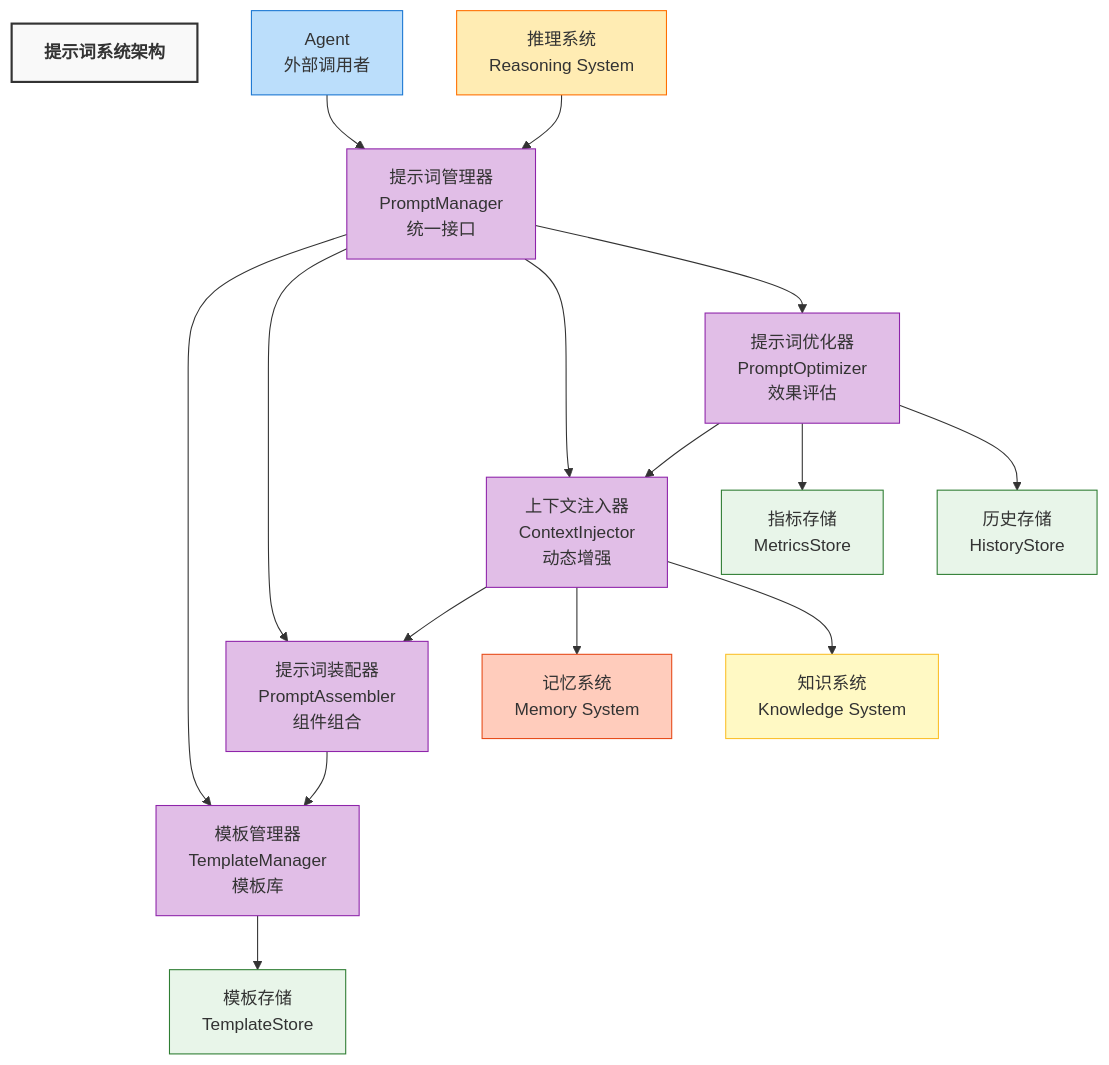
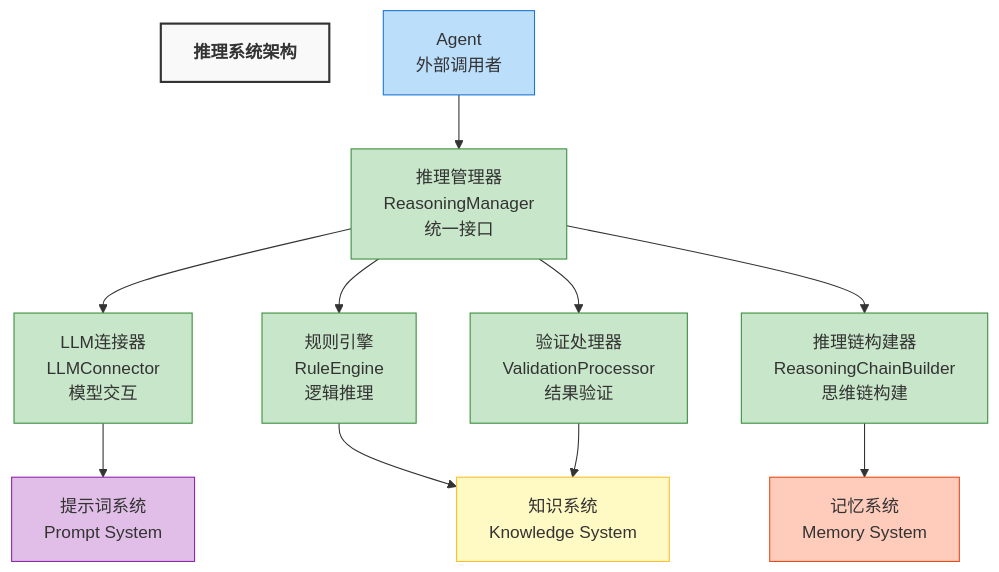
Before and after one commit to DDtoma/iodraw-files: the diagram in all/未命名-2.md, drawn with Mermaid.

Commit message:
2025-03-12 09:38:16 update

````diff
--- a/all/未命名-2.md
+++ b/all/未命名-2.md
@@ -1,56 +1,44 @@
 ```mermaid
 graph TB
     %% 总标题
-    title[<b>提示词系统架构</b>]
+    title[<b>推理系统架构</b>]
     
     %% 外部接口
     Agent["Agent<br>外部调用者"]
     Knowledge["知识系统<br>Knowledge System"]
     Memory["记忆系统<br>Memory System"]
-    Reasoning["推理系统<br>Reasoning System"]
+    Prompt["提示词系统<br>Prompt System"]
     
     %% 核心模块
-    PM["提示词管理器<br>PromptManager<br>统一接口"]
-    TM["模板管理器<br>TemplateManager<br>模板库"]
-    PA["提示词装配器<br>PromptAssembler<br>组件组合"]
-    CI["上下文注入器<br>ContextInjector<br>动态增强"]
-    PO["提示词优化器<br>PromptOptimizer<br>效果评估"]
-    
-    %% 存储层
-    TemplateStore["模板存储<br>TemplateStore"]
-    HistoryStore["历史存储<br>HistoryStore"]
-    MetricsStore["指标存储<br>MetricsStore"]
+    RM["推理管理器<br>ReasoningManager<br>统一接口"]
+    LC["LLM连接器<br>LLMConnector<br>模型交互"]
+    RE["规则引擎<br>RuleEngine<br>逻辑推理"]
+    RC["推理链构建器<br>ReasoningChainBuilder<br>思维链构建"]
+    VP["验证处理器<br>ValidationProcessor<br>结果验证"]
     
     %% 关系定义
-    Agent --> PM
-    PM --> TM
-    PM --> PA
-    PM --> CI
-    PM --> PO
-    TM --> TemplateStore
-    PA --> TM
-    CI --> PA
-    CI --> Memory
-    CI --> Knowledge
-    PO --> CI
-    PO --> MetricsStore
-    PO --> HistoryStore
-    Reasoning --> PM
+    Agent --> RM
+    RM --> LC
+    RM --> RE
+    RM --> RC
+    RM --> VP
+    LC --> Prompt
+    RE --> Knowledge
+    VP --> Knowledge
+    RC --> Memory
     
     %% 样式设置
     classDef titleClass fill:#f9f9f9,stroke:#333,stroke-width:2px,font-weight:bold
     classDef agentClass fill:#bbdefb,stroke:#1976d2,stroke-width:1px
     classDef knowledgeClass fill:#fff9c4,stroke:#fbc02d,stroke-width:1px
     classDef memoryClass fill:#ffccbc,stroke:#e64a19,stroke-width:1px
-    classDef reasoningClass fill:#ffecb3,stroke:#ff6f00,stroke-width:1px
-    classDef moduleClass fill:#e1bee7,stroke:#8e24aa,stroke-width:1px
-    classDef storeClass fill:#e8f5e9,stroke:#2e7d32,stroke-width:1px
+    classDef promptClass fill:#e1bee7,stroke:#8e24aa,stroke-width:1px
+    classDef moduleClass fill:#c8e6c9,stroke:#388e3c,stroke-width:1px
     
     class title titleClass
     class Agent agentClass
     class Knowledge knowledgeClass
     class Memory memoryClass
-    class Reasoning reasoningClass
-    class PM,TM,PA,CI,PO moduleClass
-    class TemplateStore,HistoryStore,MetricsStore storeClass
+    class Prompt promptClass
+    class RM,LC,RE,RC,VP moduleClass
 ```
````
